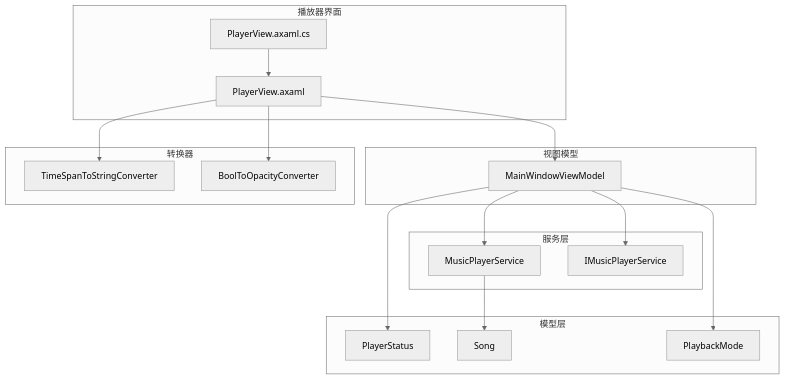
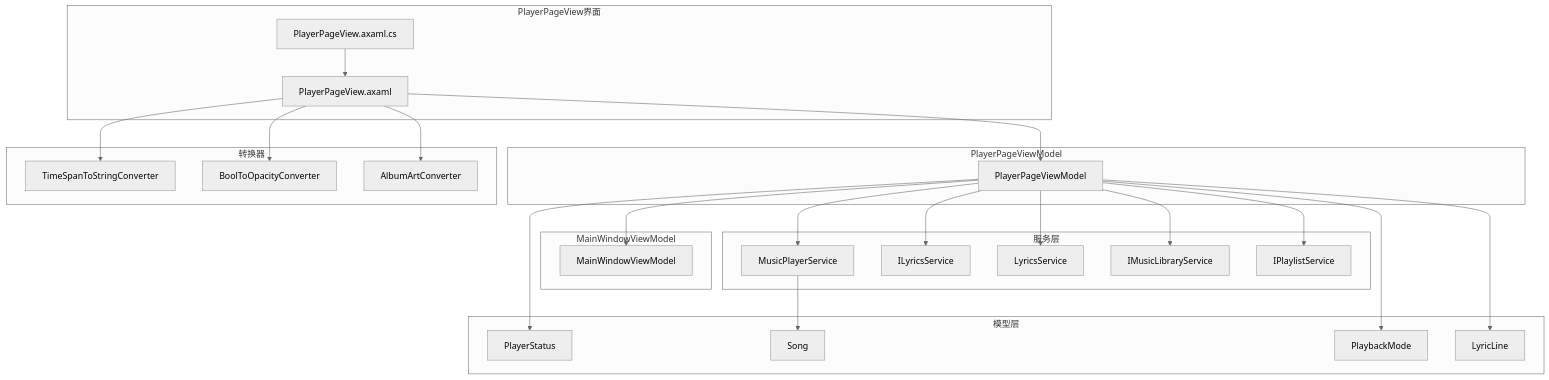
Before and after one commit to mariamjensen42-glitch/LocalMusicPlayer: the tenth of 10 diagrams in .qoder/repowiki/zh/content/用户界面层/播放器界面.md, drawn with Mermaid (neutral theme). The commit also changed other lines of this file and 23 other files, not shown here.

````diff
--- a/.qoder/repowiki/zh/content/用户界面层/播放器界面.md
+++ b/.qoder/repowiki/zh/content/用户界面层/播放器界面.md
@@ -267,32 +422,46 @@
 ```mermaid
 graph TB
-subgraph "播放器界面"
-PV[PlayerView.axaml]
-PVS[PlayerView.axaml.cs]
+subgraph "PlayerPageView界面"
+PPV[PlayerPageView.axaml]
+PPVS[PlayerPageView.axaml.cs]
 end
-subgraph "视图模型"
+subgraph "PlayerPageViewModel"
+PPVM[PlayerPageViewModel]
+end
+subgraph "MainWindowViewModel"
 MWMV[MainWindowViewModel]
 end
 subgraph "服务层"
 MPS[MusicPlayerService]
-IMS[IMusicPlayerService]
+ILS[ILyricsService]
+LS[LyricsService]
+IMS[IMusicLibraryService]
+IPS[IPlaylistService]
 end
 subgraph "模型层"
 PS[PlayerStatus]
 S[Song]
 PM[PlaybackMode]
+LL[LyricLine]
 end
 subgraph "转换器"
 TSC[TimeSpanToStringConverter]
 BOC[BoolToOpacityConverter]
+AAC[AlbumArtConverter]
 end
-PV --> MWMV
-PVS --> PV
-MWMV --> MPS
-MWMV --> IMS
+PPV --> PPVM
+PPVS --> PPV
+PPVM --> MPS
+PPVM --> ILS
+PPVM --> LS
+PPVM --> IMS
+PPVM --> IPS
+PPVM --> LL
+PPVM --> MWMV
 MPS --> S
-MWMV --> PS
-PV --> TSC
-PV --> BOC
-MWMV --> PM
+PPVM --> PS
+PPV --> TSC
+PPV --> AAC
+PPV --> BOC
+PPVM --> PM
 ```
````
